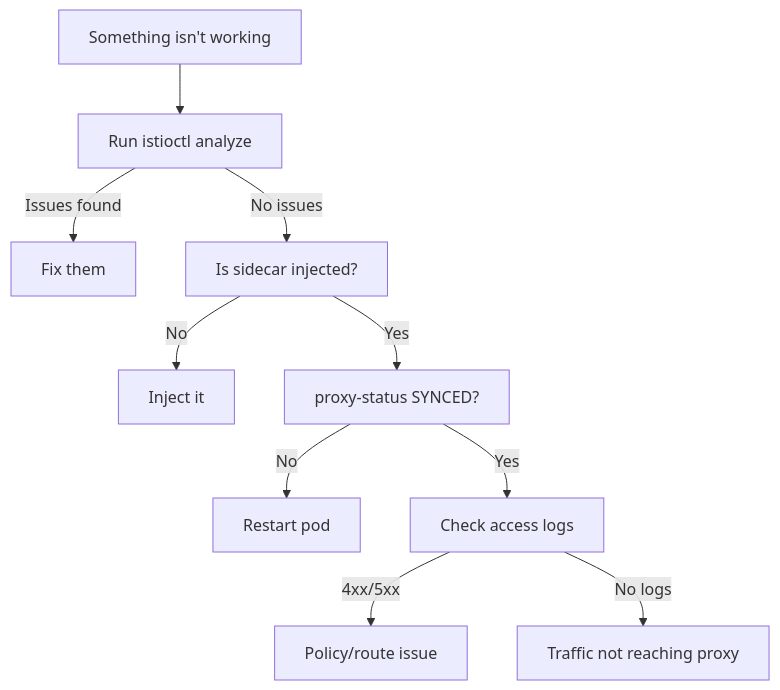
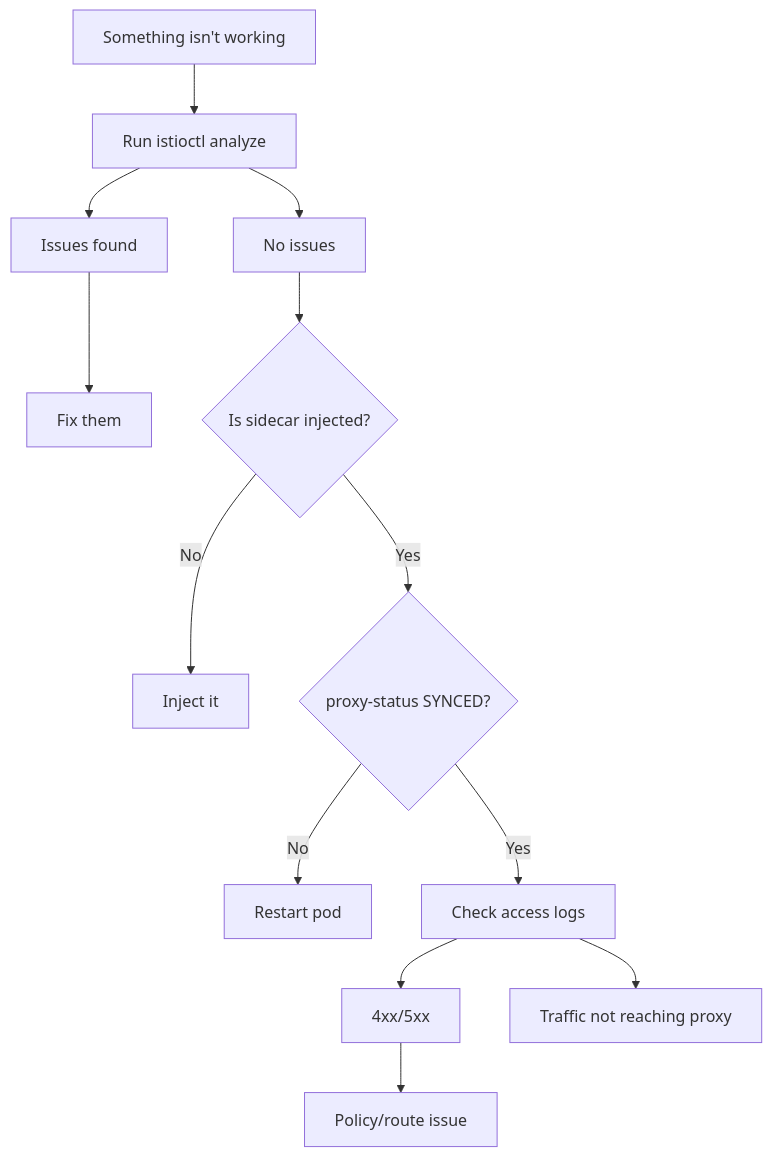
One commit to kube-dojo/kube-dojo changed the third of 3 diagrams in src/content/docs/k8s/ica/module-1.3-istio-security-troubleshooting.md. Above: the diagram before and after it, drawn with Mermaid. The commit also changed other lines of this file, not shown here.

````diff
--- a/src/content/docs/k8s/ica/module-1.3-istio-security-troubleshooting.md
+++ b/src/content/docs/k8s/ica/module-1.3-istio-security-troubleshooting.md
@@ -731,12 +784,15 @@
 ```mermaid
 flowchart TD
     Start[Something isn't working] --> Analyze[Run istioctl analyze]
-    Analyze -- Issues found --> Fix[Fix them]
-    Analyze -- No issues --> CheckSidecar[Is sidecar injected?]
-    CheckSidecar -- No --> Inject[Inject it]
-    CheckSidecar -- Yes --> ProxyStatus[proxy-status SYNCED?]
-    ProxyStatus -- No --> Restart[Restart pod]
-    ProxyStatus -- Yes --> CheckLogs[Check access logs]
-    CheckLogs -- 4xx/5xx --> Policy[Policy/route issue]
-    CheckLogs -- No logs --> NoTraffic[Traffic not reaching proxy]
+    Analyze --> Issues[Issues found]
+    Issues --> Fix[Fix them]
+    Analyze --> NoIssues[No issues]
+    NoIssues --> Sidecar{Is sidecar injected?}
+    Sidecar -- No --> Inject[Inject it]
+    Sidecar -- Yes --> Synced{proxy-status SYNCED?}
+    Synced -- No --> Restart[Restart pod]
+    Synced -- Yes --> Logs[Check access logs]
+    Logs --> Errors[4xx/5xx]
+    Errors --> Policy[Policy/route issue]
+    Logs --> NoLogs[Traffic not reaching proxy]
 ```
````
